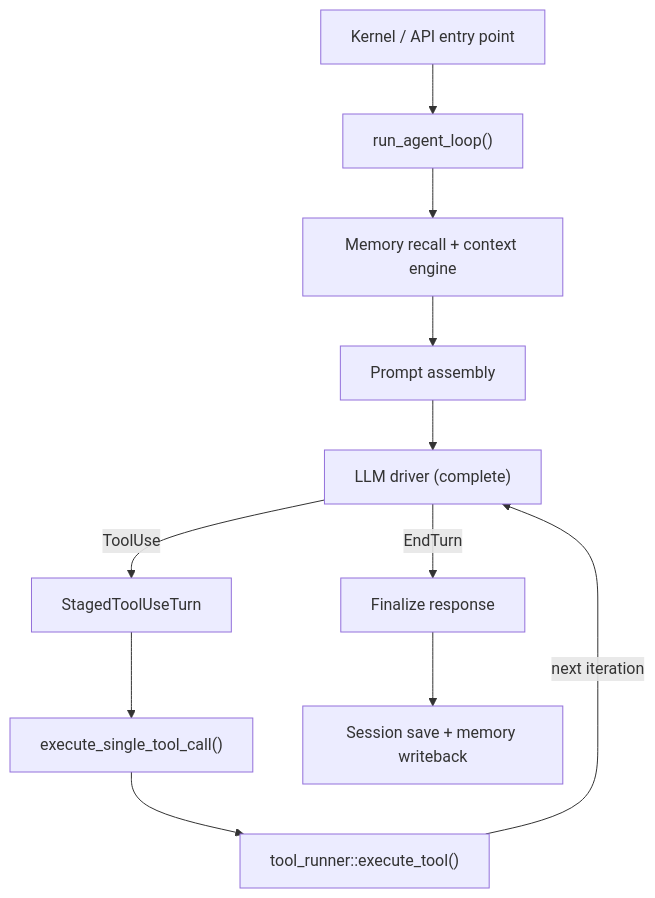
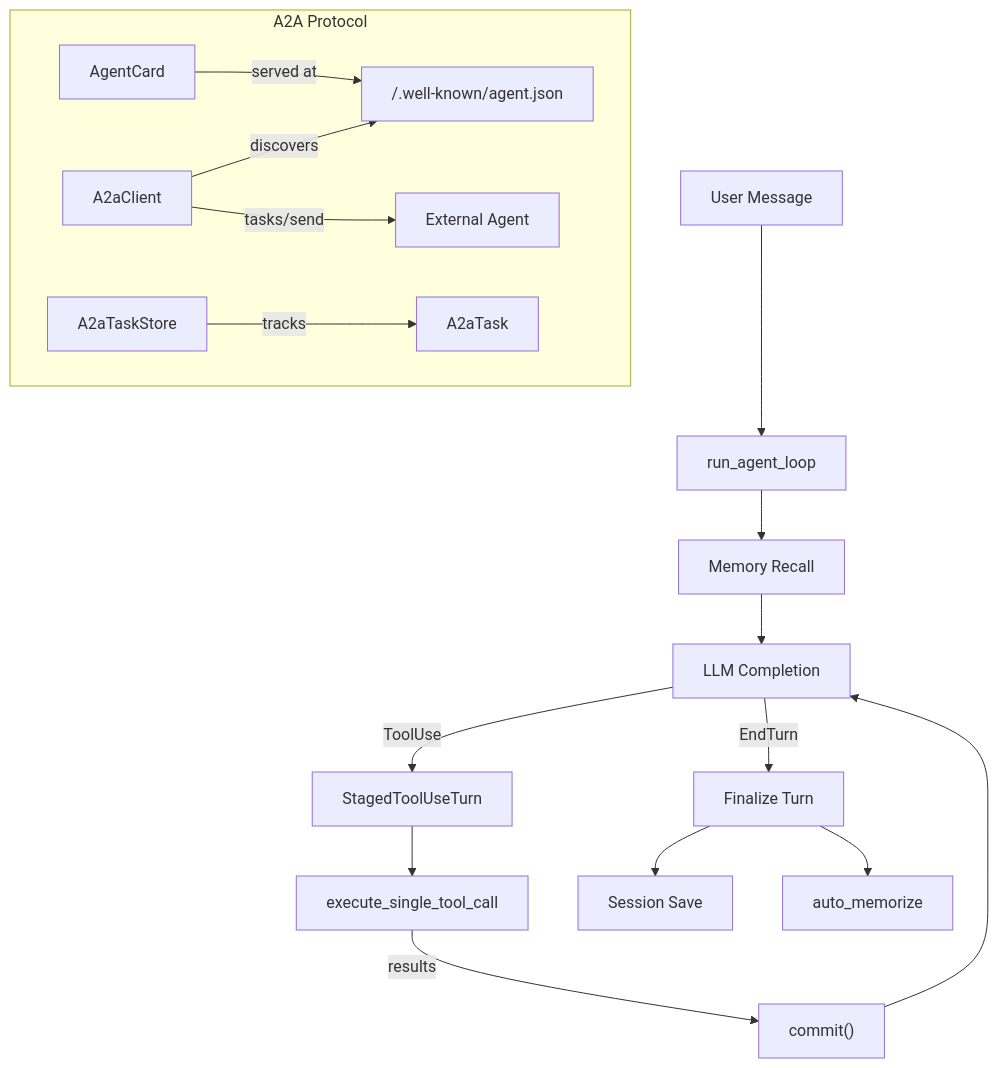
One commit to leszek3737/librefang-WIki changed the diagram in agent-runtime-librefang-runtime-src.md. Above: the diagram before and after it, drawn with Mermaid. The commit also changed other lines of this file and 93 other files, not shown here.

````diff
--- a/agent-runtime-librefang-runtime-src.md
+++ b/agent-runtime-librefang-runtime-src.md
@@ -9,13 +9,20 @@
 ```mermaid
 graph TD
-    Entry["Kernel / API entry point"] --> ARL["run_agent_loop()"]
-    ARL --> Recall["Memory recall + context engine"]
-    Recall --> Prompt["Prompt assembly"]
-    Prompt --> LLM["LLM driver (complete)"]
-    LLM -->|"EndTurn"| Finalize["Finalize response"]
-    LLM -->|"ToolUse"| Stage["StagedToolUseTurn"]
-    Stage --> Exec["execute_single_tool_call()"]
-    Exec --> ToolRunner["tool_runner::execute_tool()"]
-    ToolRunner -->|"next iteration"| LLM
-    Finalize --> Persist["Session save + memory writeback"]
+    UserMsg["User Message"] --> ALC["run_agent_loop"]
+    ALC --> Recall["Memory Recall"]
+    Recall --> LLM["LLM Completion"]
+    LLM -->|EndTurn| Finalize["Finalize Turn"]
+    LLM -->|ToolUse| Stage["StagedToolUseTurn"]
+    Stage --> Exec["execute_single_tool_call"]
+    Exec -->|results| Commit["commit()"]
+    Commit --> LLM
+    Finalize --> Persist["Session Save"]
+    Finalize --> AutoMem["auto_memorize"]
+
+    subgraph "A2A Protocol"
+        AC["AgentCard"] -->|served at| WK["/.well-known/agent.json"]
+        Client["A2aClient"] -->|discovers| WK
+        Client -->|tasks/send| External["External Agent"]
+        TS["A2aTaskStore"] -->|tracks| Task["A2aTask"]
+    end
 ```
````
